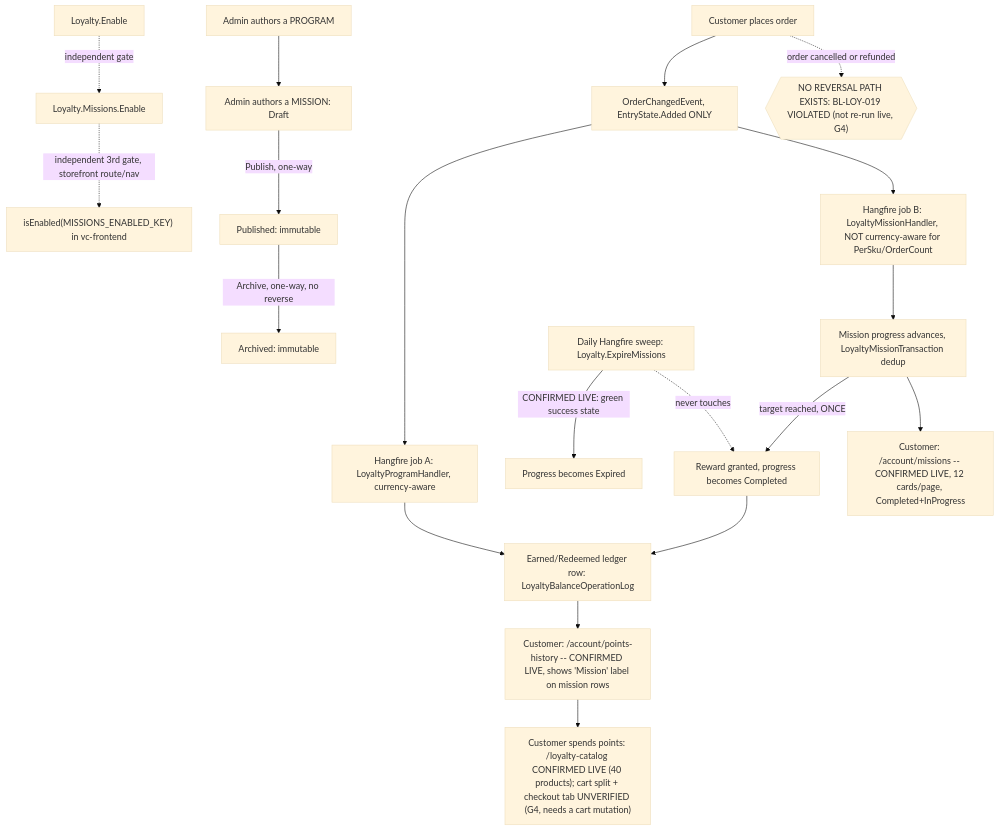
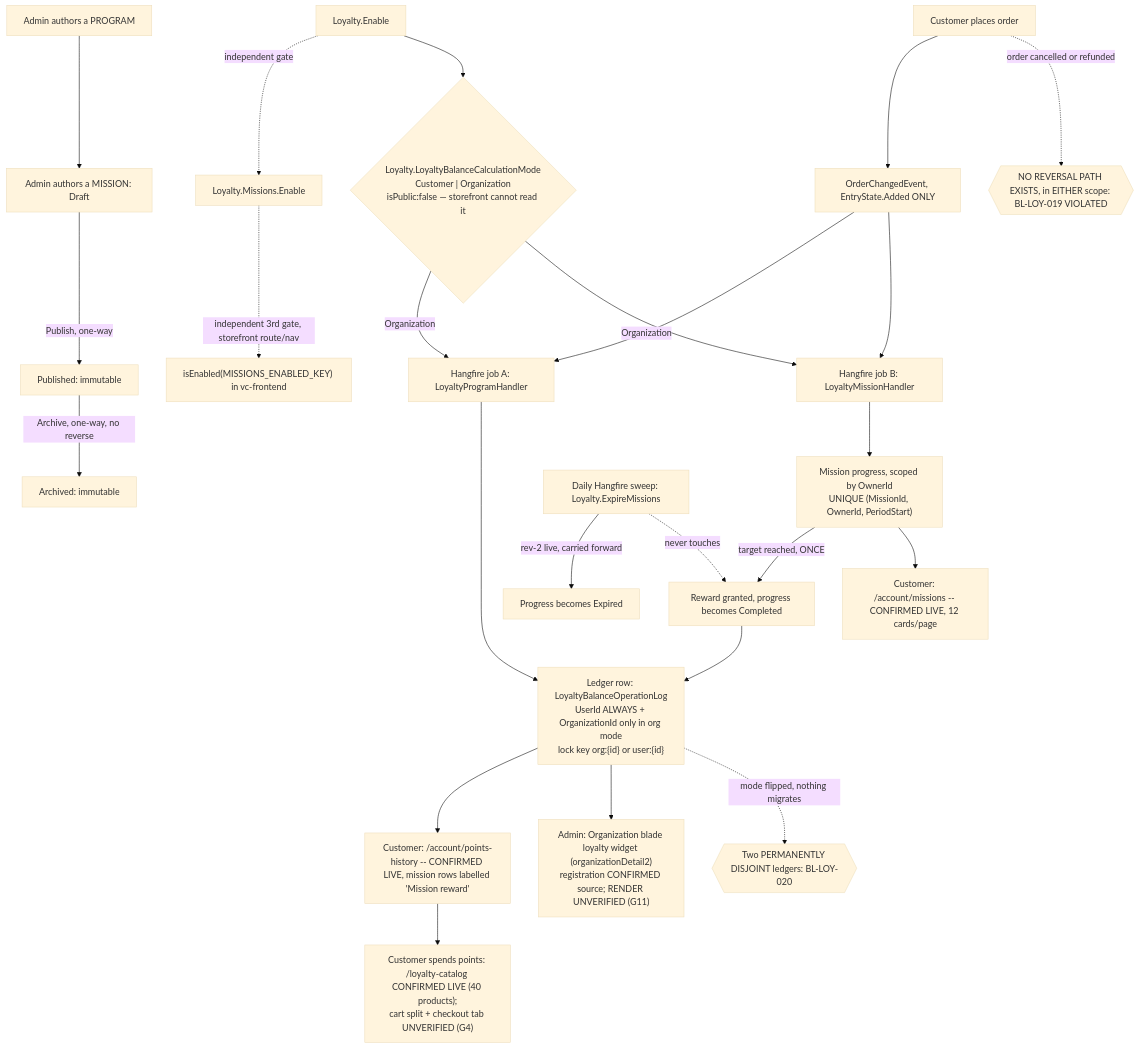
Before and after one commit to VirtoCommerce/ai-tools: the diagram in .claude/knowledge/domain/loyalty-missions.md, drawn with Mermaid (base theme). The commit also changed other lines of this file and 26 other files, not shown here.

````diff
--- a/.claude/knowledge/domain/loyalty-missions.md
+++ b/.claude/knowledge/domain/loyalty-missions.md
@@ -161,21 +183,26 @@
 ```mermaid
 flowchart TD
   A[Loyalty.Enable] -.independent gate.-> B[Loyalty.Missions.Enable]
   B -.independent 3rd gate, storefront route/nav.-> B2["isEnabled(MISSIONS_ENABLED_KEY) in vc-frontend"]
+  A --> MODE{"Loyalty.LoyaltyBalanceCalculationMode<br/>Customer | Organization<br/>isPublic:false — storefront cannot read it"}
   C[Admin authors a PROGRAM] --> D[Admin authors a MISSION: Draft]
   D -->|Publish, one-way| D2s[Published: immutable]
   D2s -->|Archive, one-way, no reverse| D3s[Archived: immutable]
   E[Customer places order] --> F["OrderChangedEvent, EntryState.Added ONLY"]
-  F --> G["Hangfire job A: LoyaltyProgramHandler, currency-aware"]
-  F --> H["Hangfire job B: LoyaltyMissionHandler, NOT currency-aware for PerSku/OrderCount"]
-  G --> I["Earned/Redeemed ledger row: LoyaltyBalanceOperationLog"]
-  H --> J["Mission progress advances, LoyaltyMissionTransaction dedup"]
+  F --> G["Hangfire job A: LoyaltyProgramHandler"]
+  F --> H["Hangfire job B: LoyaltyMissionHandler"]
+  MODE -->|Organization| G
+  MODE -->|Organization| H
+  G --> I["Ledger row: LoyaltyBalanceOperationLog<br/>UserId ALWAYS + OrganizationId only in org mode<br/>lock key org:{id} or user:{id}"]
+  H --> J["Mission progress, scoped by OwnerId<br/>UNIQUE (MissionId, OwnerId, PeriodStart)"]
   J -->|target reached, ONCE| K["Reward granted, progress becomes Completed"]
   K --> I
-  I --> L["Customer: /account/points-history -- CONFIRMED LIVE, shows 'Mission' label on mission rows"]
-  J --> M["Customer: /account/missions -- CONFIRMED LIVE, 12 cards/page, Completed+InProgress"]
-  L --> N["Customer spends points: /loyalty-catalog CONFIRMED LIVE (40 products); cart split + checkout tab UNVERIFIED (G4, needs a cart mutation)"]
-  E -.order cancelled or refunded.-> O{{"NO REVERSAL PATH EXISTS: BL-LOY-019 VIOLATED (not re-run live, G4)"}}
-  P["Daily Hangfire sweep: Loyalty.ExpireMissions"] -->|CONFIRMED LIVE: green success state| Q[Progress becomes Expired]
+  I --> L["Customer: /account/points-history -- CONFIRMED LIVE, mission rows labelled 'Mission reward'"]
+  J --> M["Customer: /account/missions -- CONFIRMED LIVE, 12 cards/page"]
+  I --> AW["Admin: Organization blade loyalty widget (organizationDetail2)<br/>registration CONFIRMED source; RENDER UNVERIFIED (G11)"]
+  L --> N["Customer spends points: /loyalty-catalog CONFIRMED LIVE (40 products);<br/>cart split + checkout tab UNVERIFIED (G4)"]
+  E -.order cancelled or refunded.-> O{{"NO REVERSAL PATH EXISTS, in EITHER scope: BL-LOY-019 VIOLATED"}}
+  P["Daily Hangfire sweep: Loyalty.ExpireMissions"] -->|rev-2 live, carried forward| Q[Progress becomes Expired]
   P -.never touches.-> K
+  I -.mode flipped, nothing migrates.-> R{{"Two PERMANENTLY DISJOINT ledgers: BL-LOY-020"}}
 ```
````
